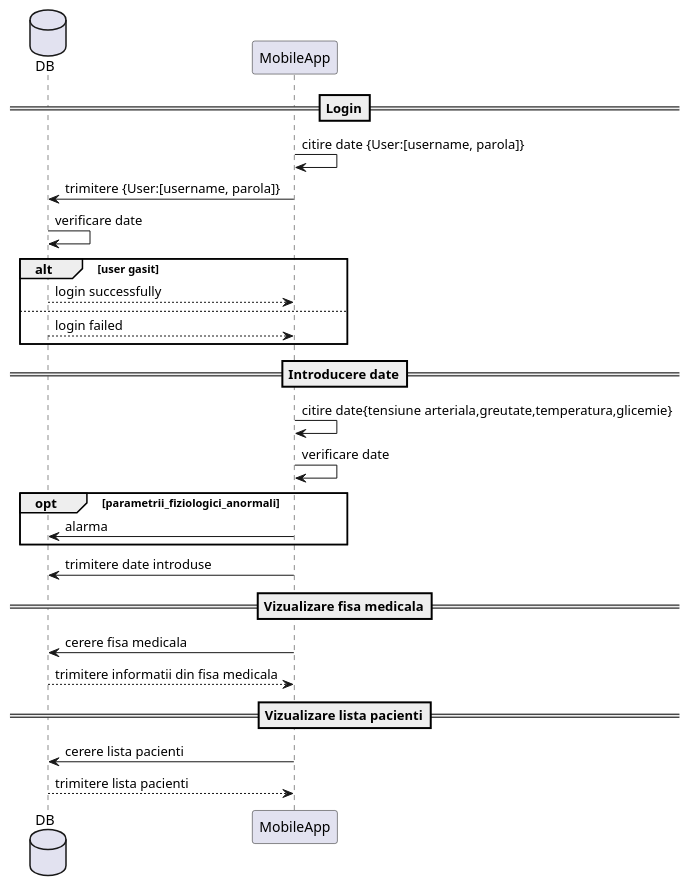
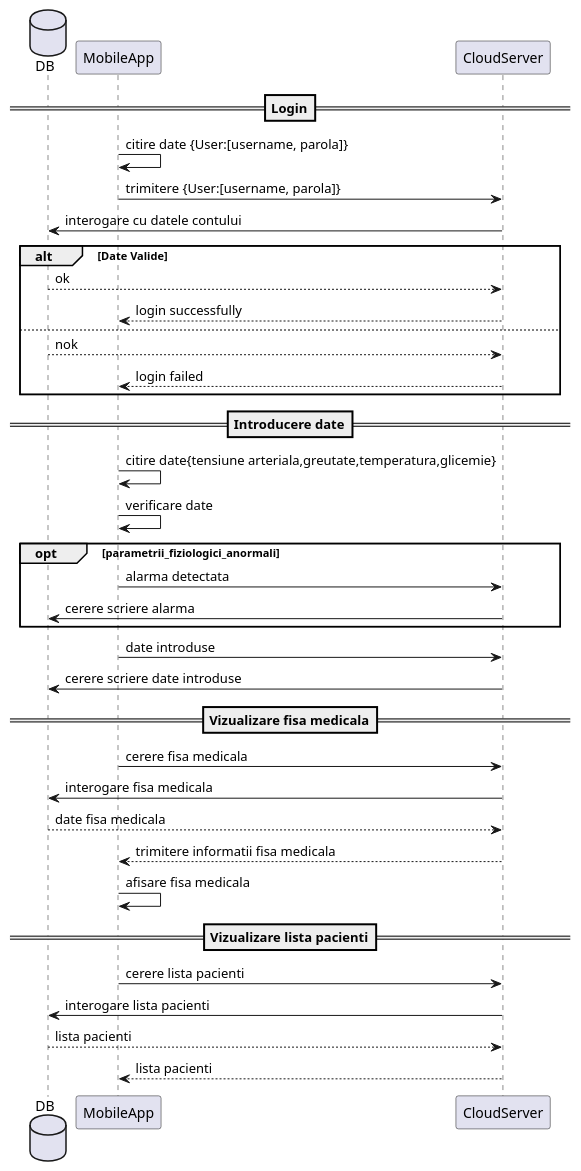
Before and after one commit to BVasi/ProiectIP: the diagram in Sequence_DG/MobileApp/mobileapp.plantuml, drawn with PlantUML. The commit also changed 6 other files, not shown here.

```diff
--- a/Sequence_DG/MobileApp/mobileapp.plantuml
+++ b/Sequence_DG/MobileApp/mobileapp.plantuml
@@ -1,29 +1,39 @@
 @startuml ESP32DG
 
 database DB
 participant MobileApp
+participant CloudServer
 
 ==Login==
 MobileApp -> MobileApp: citire date {User:[username, parola]}
-MobileApp -> DB: trimitere {User:[username, parola]}
-DB -> DB: verificare date
-alt user gasit
-    DB --> MobileApp: login successfully
+MobileApp -> CloudServer: trimitere {User:[username, parola]}
+CloudServer -> DB: interogare cu datele contului
+alt Date Valide
+    DB --> CloudServer: ok
+    CloudServer --> MobileApp: login successfully
 else
-    DB --> MobileApp: login failed
+    DB --> CloudServer: nok
+    CloudServer --> MobileApp: login failed
 end
 ==Introducere date==
 MobileApp -> MobileApp:  citire date{tensiune arteriala,greutate,temperatura,glicemie}
 MobileApp -> MobileApp : verificare date
 opt parametrii_fiziologici_anormali
-    MobileApp -> DB: alarma
+    MobileApp -> CloudServer: alarma detectata
+    CloudServer -> DB: cerere scriere alarma
 end
-MobileApp -> DB: trimitere date introduse
+MobileApp -> CloudServer: date introduse
+CloudServer -> DB: cerere scriere date introduse
 ==Vizualizare fisa medicala==
-MobileApp -> DB: cerere fisa medicala
-DB --> MobileApp: trimitere informatii din fisa medicala
+MobileApp -> CloudServer: cerere fisa medicala
+CloudServer -> DB: interogare fisa medicala
+DB --> CloudServer: date fisa medicala
+CloudServer --> MobileApp: trimitere informatii fisa medicala
+MobileApp -> MobileApp: afisare fisa medicala
 ==Vizualizare lista pacienti==
-MobileApp -> DB: cerere lista pacienti
-DB --> MobileApp: trimitere lista pacienti
+MobileApp -> CloudServer: cerere lista pacienti
+CloudServer -> DB: interogare lista pacienti
+DB --> CloudServer: lista pacienti
+CloudServer --> MobileApp: lista pacienti
 
 @enduml
```
